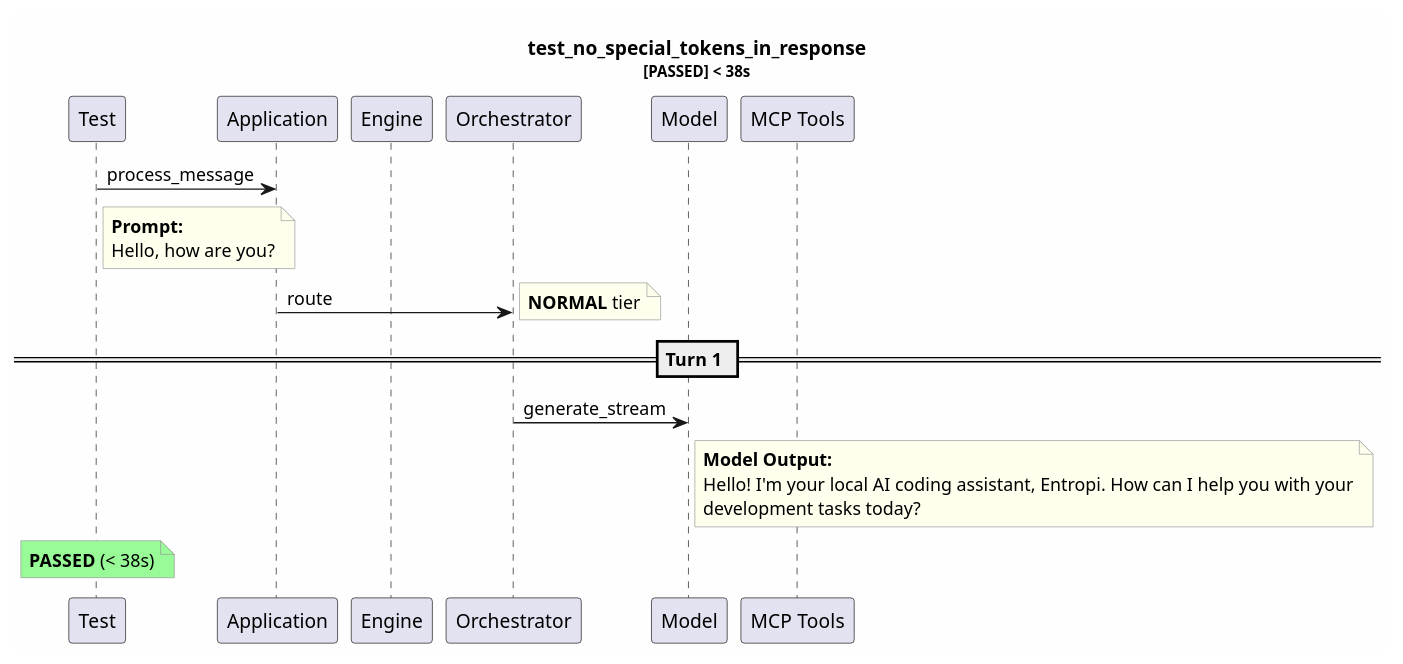
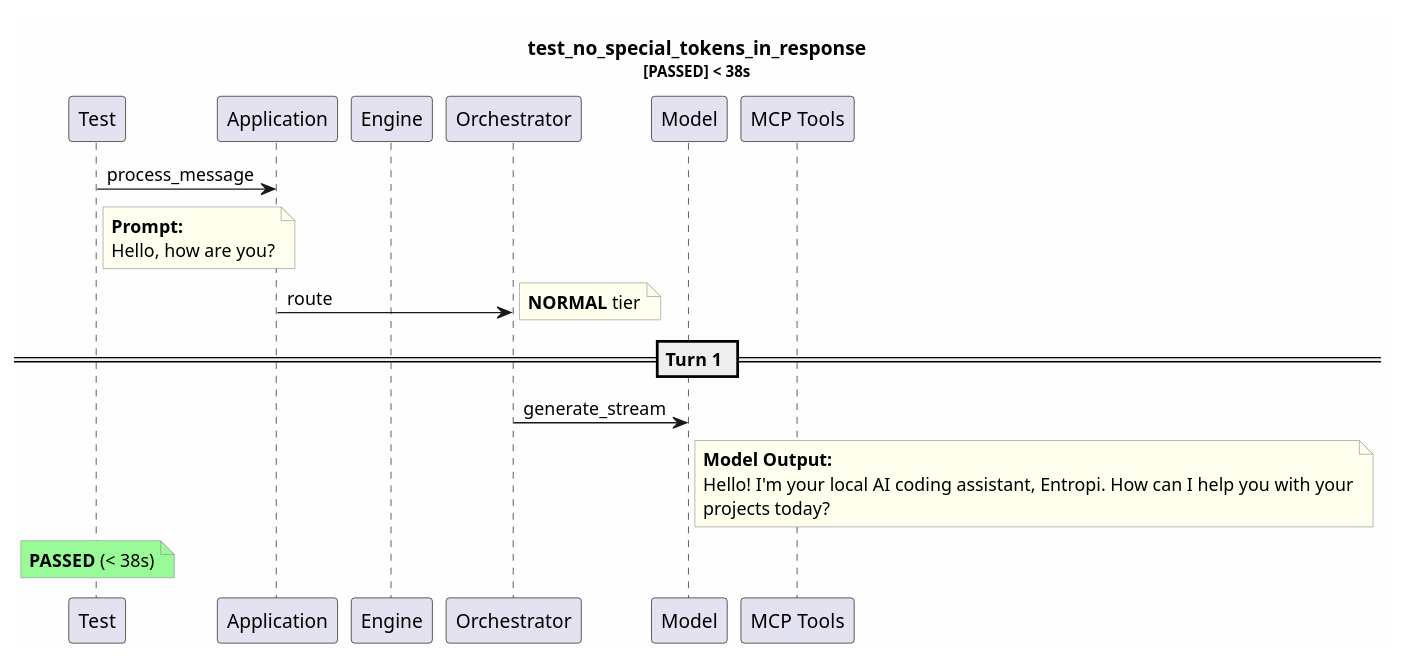
The diagram in test-reports/logs/test_no_special_tokens_in_response/test_no_special_tokens_in_response.puml (tvanfossen/entropic), drawn with PlantUML before and after one commit. The commit also changed 54 other files, not shown here.

```diff
--- a/test-reports/logs/test_no_special_tokens_in_response/test_no_special_tokens_in_response.puml
+++ b/test-reports/logs/test_no_special_tokens_in_response/test_no_special_tokens_in_response.puml
@@ -1,32 +1,32 @@
 @startuml
 skinparam backgroundColor #FEFEFE
 skinparam noteBorderColor #999999
 skinparam noteBackgroundColor #FFFFEE
 title test_no_special_tokens_in_response\n<size:11>[PASSED] < 38s</size>
 
 participant "Test" as T
 participant "Application" as App
 participant "Engine" as Eng
 participant "Orchestrator" as Orch
 participant "Model" as Mdl
 participant "MCP Tools" as MCP
 
 T -> App: process_message
 note right of T
   **Prompt:**
   Hello, how are you?
 end note
 App -> Orch: route
 note right: **NORMAL** tier
 == Turn 1 ==
 Orch -> Mdl: generate_stream
 note right of Mdl
   **Model Output:**
   Hello! I'm your local AI coding assistant, Entropi. How can I help you with your
-  development tasks today?
+  projects today?
 end note
 note over T #palegreen
   **PASSED** (< 38s)
 end note
 
 @enduml
```
